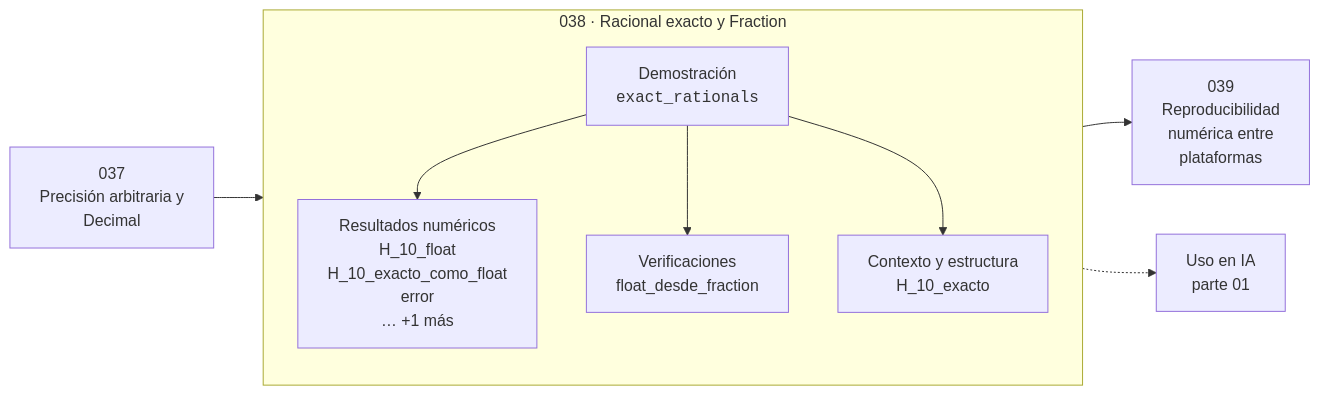
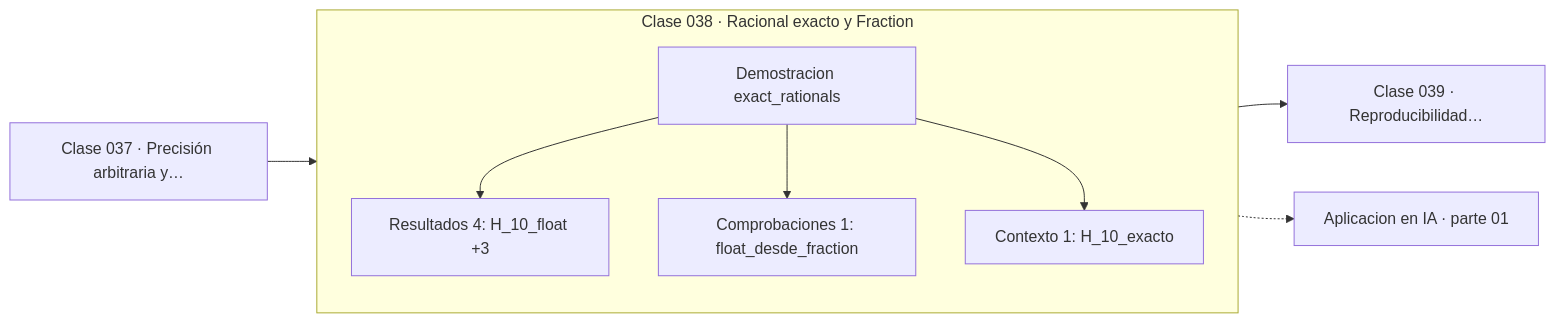
Before and after one commit to vladimiracunadev-create/computational-mathematics-program: the diagram in classes/part-01-aritmetica-computacional-y-representacion-numerica/038-racional-exacto-y-fraction/README.md, drawn with Mermaid. The commit also changed 389 other files, not shown here.

First line of the commit message:
fix(diagramas): elimina el HTML de las etiquetas Mermaid

````diff
--- a/classes/part-01-aritmetica-computacional-y-representacion-numerica/038-racional-exacto-y-fraction/README.md
+++ b/classes/part-01-aritmetica-computacional-y-representacion-numerica/038-racional-exacto-y-fraction/README.md
@@ -35,12 +35,13 @@
 ```mermaid
 flowchart LR
-    P["037<br/>Precisión arbitraria y<br/>Decimal"] --> C
-    subgraph C["038 · Racional exacto y Fraction"]
+    P["Clase 037 · Precisión arbitraria y…"] --> D
+    subgraph CLASE["Clase 038 · Racional exacto y Fraction"]
         direction TB
-        D["Demostración<br/><code>exact_rationals</code>"] --> R["Resultados numéricos<br/>H_10_float<br/>H_10_exacto_como_float<br/>error<br/>… +1 más"]
-        D --> V["Verificaciones<br/>float_desde_fraction"]
-        D --> O["Contexto y estructura<br/>H_10_exacto"]
+        D["Demostracion exact_rationals"]
+        D --> R["Resultados 4: H_10_float +3"]
+        D --> V["Comprobaciones 1: float_desde_fraction"]
+        D --> O["Contexto 1: H_10_exacto"]
     end
-    C --> N["039<br/>Reproducibilidad<br/>numérica entre<br/>plataformas"]
-    C -.-> IA["Uso en IA<br/>parte 01"]
+    R --> N["Clase 039 · Reproducibilidad…"]
+    V -.-> IA["Aplicacion en IA · parte 01"]
 ```
````
